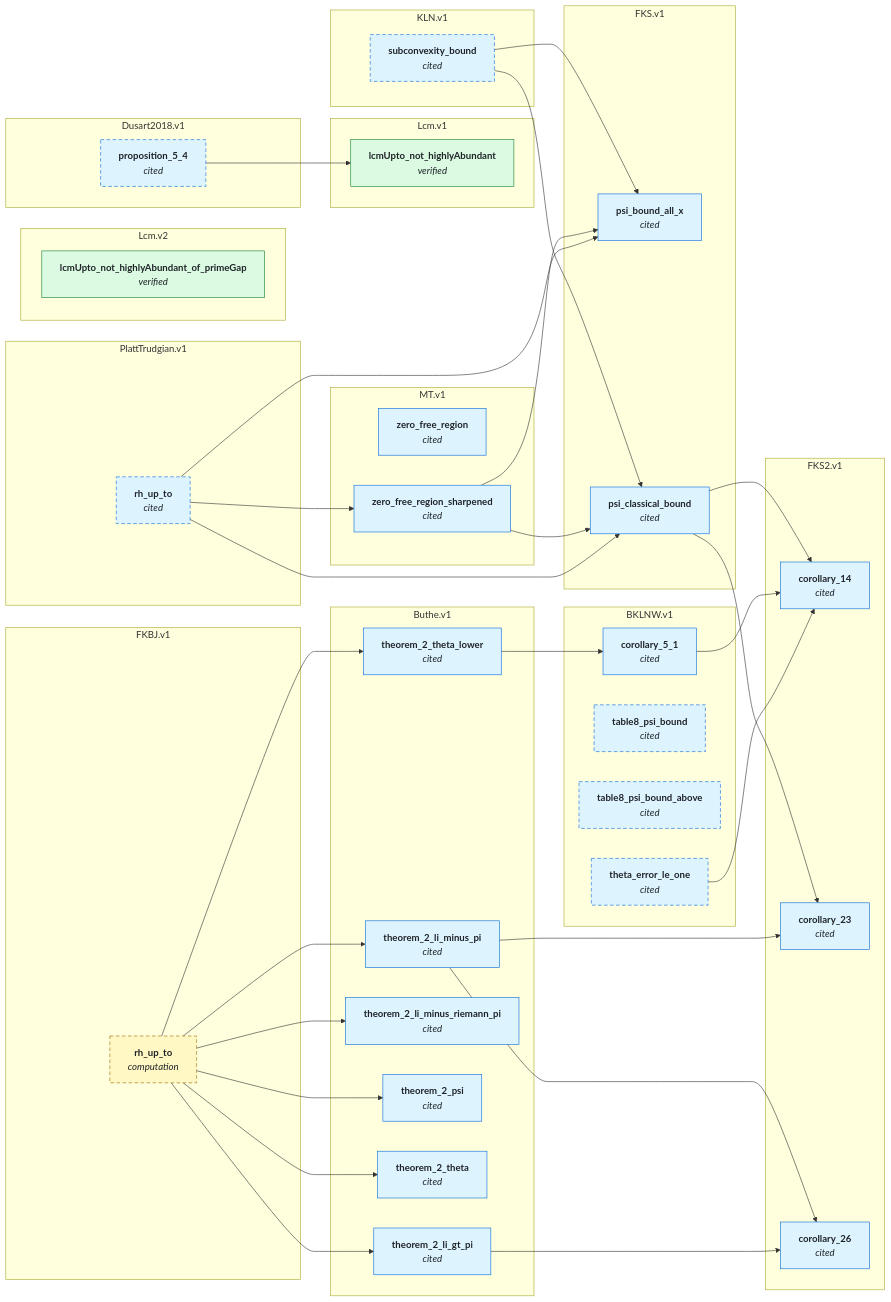
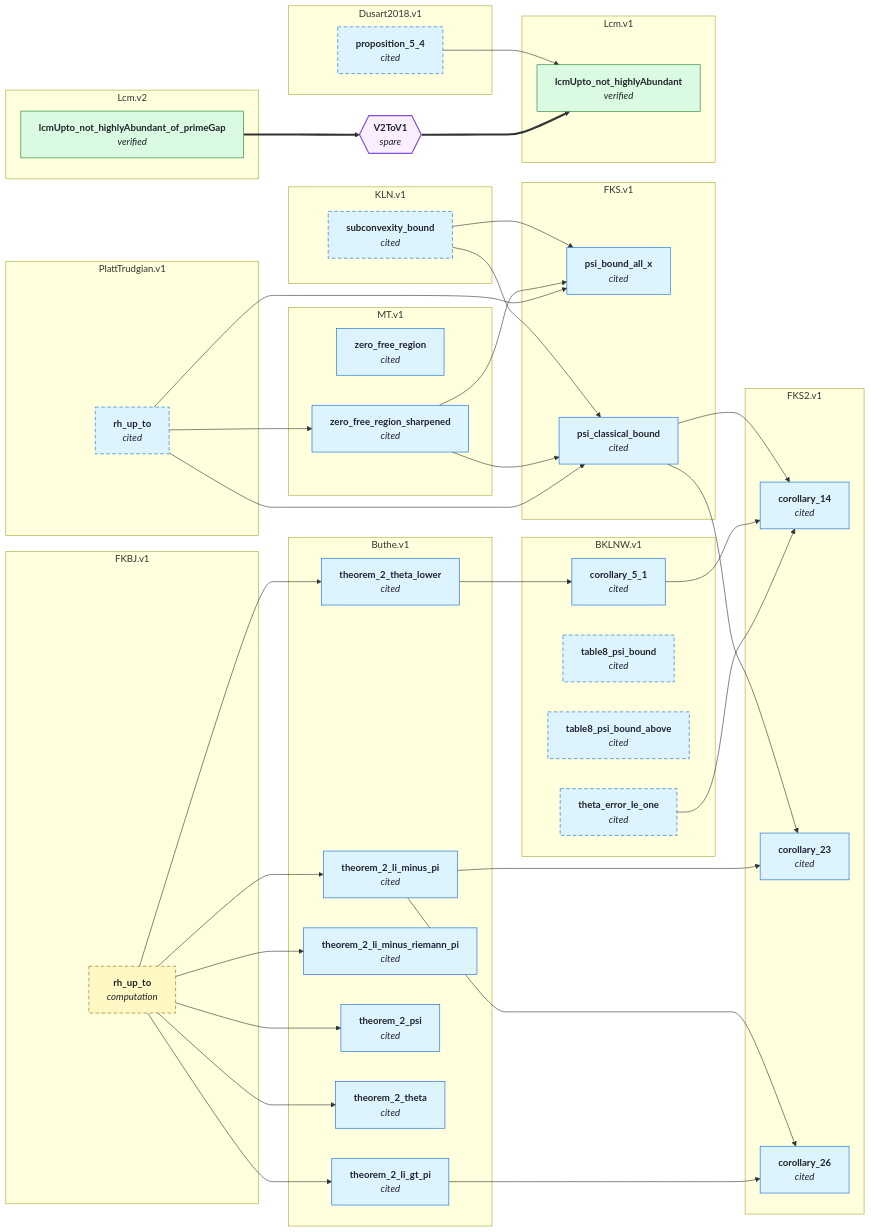
Before and after one commit to teorth/IEANTN: the second of 2 diagrams in GRAPH.md, drawn with Mermaid. The commit also changed other lines of this file and 2 other files, not shown here.

First line of the commit message:
graph: draw bridges as nodes, because a bridge is not an edge

```diff
--- a/GRAPH.md
+++ b/GRAPH.md
@@ -139,6 +151,9 @@
   Buthe_v1_theorem_2_li_gt_pi --> FKS2_v1_corollary_26
   Dusart2018_v1_proposition_5_4 --> Lcm_v1_lcmUpto_not_highlyAbundant
   PlattTrudgian_v1_rh_up_to --> MT_v1_zero_free_region_sharpened
+  BRLcm_v1_lcmUpto_not_highlyAbundant__bridge_from_v2{{"<b>V2ToV1</b><br/><i>spare</i>"}}
+  Lcm_v2_lcmUpto_not_highlyAbundant_of_primeGap ==> BRLcm_v1_lcmUpto_not_highlyAbundant__bridge_from_v2
+  BRLcm_v1_lcmUpto_not_highlyAbundant__bridge_from_v2 ==> Lcm_v1_lcmUpto_not_highlyAbundant
   style BKLNW_v1_table8_psi_bound stroke-dasharray: 6 4;
   style BKLNW_v1_table8_psi_bound_above stroke-dasharray: 6 4;
   style BKLNW_v1_theta_error_le_one stroke-dasharray: 6 4;
@@ -152,6 +167,8 @@
   classDef asserted fill:#fff1e5,stroke:#bc4c00,color:#1f2328;
   classDef bridged fill:#fbefff,stroke:#8250df,color:#1f2328;
   classDef none_yet fill:#ffebe9,stroke:#cf222e,color:#1f2328;
+  classDef bridge fill:#fbefff,stroke:#8250df,color:#1f2328,stroke-width:2px;
+  class BRLcm_v1_lcmUpto_not_highlyAbundant__bridge_from_v2 bridge;
   class Lcm_v1_lcmUpto_not_highlyAbundant,Lcm_v2_lcmUpto_not_highlyAbundant_of_primeGap lean_comparator;
   class BKLNW_v1_corollary_5_1,BKLNW_v1_table8_psi_bound,BKLNW_v1_table8_psi_bound_above,BKLNW_v1_theta_error_le_one,Buthe_v1_theorem_2_li_gt_pi,Buthe_v1_theorem_2_li_minus_pi,Buthe_v1_theorem_2_li_minus_riemann_pi,Buthe_v1_theorem_2_psi,Buthe_v1_theorem_2_theta,Buthe_v1_theorem_2_theta_lower,Dusart2018_v1_proposition_5_4,FKS_v1_psi_bound_all_x,FKS_v1_psi_classical_bound,FKS2_v1_corollary_14,FKS2_v1_corollary_23,FKS2_v1_corollary_26,KLN_v1_subconvexity_bound,MT_v1_zero_free_region,MT_v1_zero_free_region_sharpened,PlattTrudgian_v1_rh_up_to literature;
   class FKBJ_v1_rh_up_to numerical;
```
